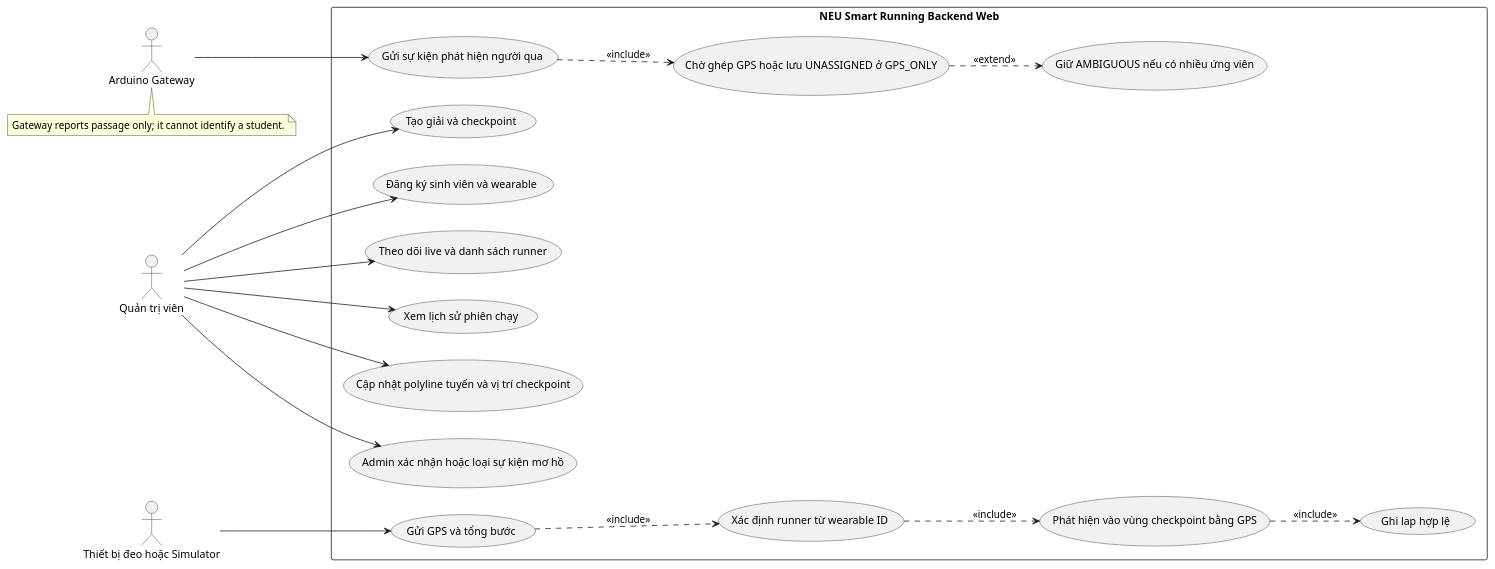
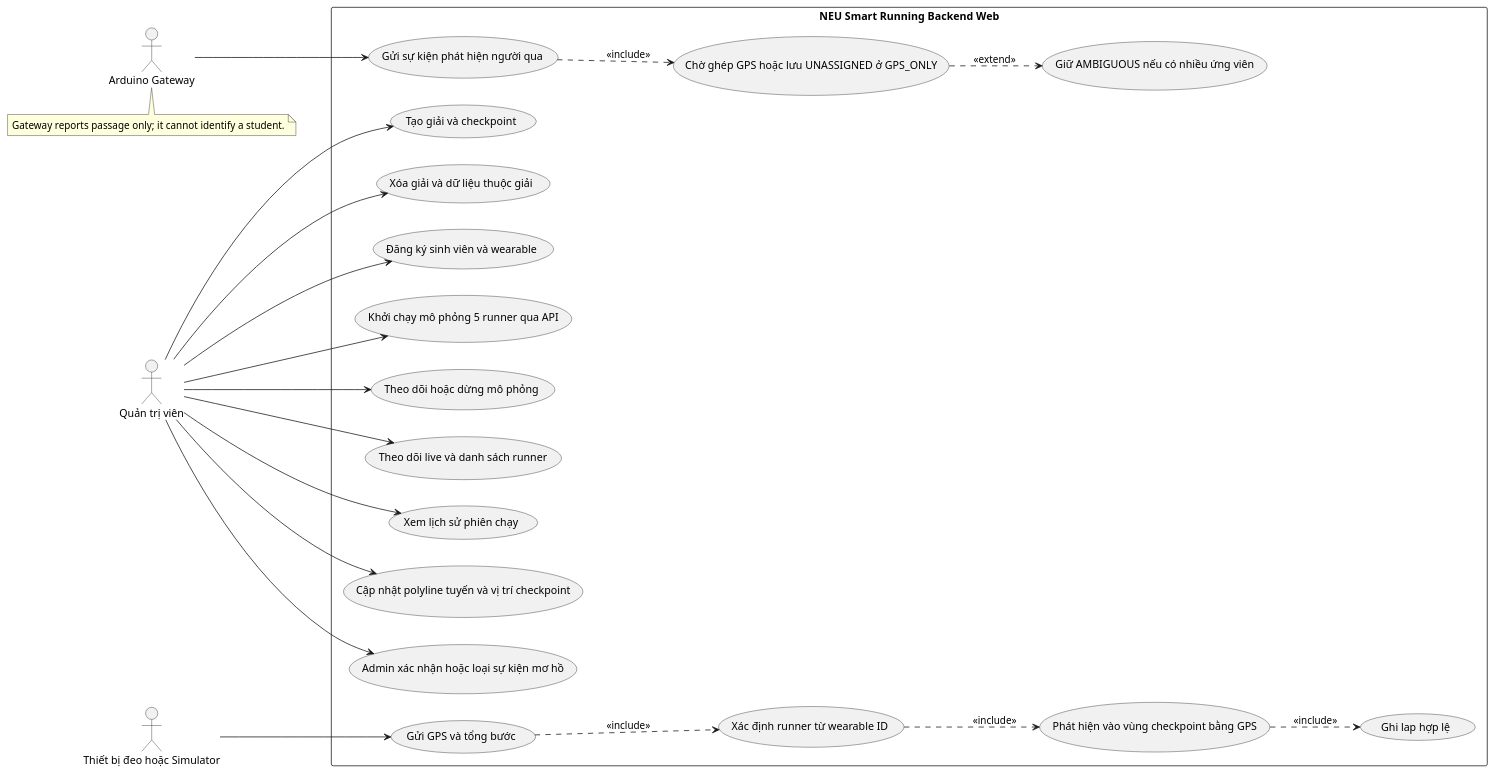
One commit to Dunnguyn/Smart_Running_Checkpoint_IoT changed the first of 15 diagrams in docs/PLANTUML_DIAGRAMS.puml. Above: the diagram before and after it, drawn with PlantUML. The commit also changed other lines of this file and 7 other files, not shown here.

Commit message:
Add API-managed five-runner demo

```diff
--- a/docs/PLANTUML_DIAGRAMS.puml
+++ b/docs/PLANTUML_DIAGRAMS.puml
@@ -5,37 +5,43 @@
 @startuml
 left to right direction
 actor "Quản trị viên" as A
 actor "Thiết bị đeo hoặc Simulator" as W
 actor "Arduino Gateway" as G
 rectangle "NEU Smart Running Backend Web" {
  usecase "Tạo giải và checkpoint" as U1
+ usecase "Xóa giải và dữ liệu thuộc giải" as U14
  usecase "Đăng ký sinh viên và wearable" as U2
+ usecase "Khởi chạy mô phỏng 5 runner qua API" as U15
+ usecase "Theo dõi hoặc dừng mô phỏng" as U16
  usecase "Theo dõi live và danh sách runner" as U3
  usecase "Xem lịch sử phiên chạy" as U4
  usecase "Cập nhật polyline tuyến và vị trí checkpoint" as U13
  usecase "Gửi GPS và tổng bước" as U5
  usecase "Xác định runner từ wearable ID" as U6
  usecase "Phát hiện vào vùng checkpoint bằng GPS" as U7
  usecase "Ghi lap hợp lệ" as U8
  usecase "Gửi sự kiện phát hiện người qua" as U9
  usecase "Chờ ghép GPS hoặc lưu UNASSIGNED ở GPS_ONLY" as U10
  usecase "Giữ AMBIGUOUS nếu có nhiều ứng viên" as U11
  usecase "Admin xác nhận hoặc loại sự kiện mơ hồ" as U12
 }
 A --> U1
+A --> U14
 A --> U2
+A --> U15
+A --> U16
 A --> U3
 A --> U4
 A --> U13
 W --> U5
 U5 ..> U6 : <<include>>
 U6 ..> U7 : <<include>>
 U7 ..> U8 : <<include>>
 G --> U9
 U9 ..> U10 : <<include>>
 U10 ..> U11 : <<extend>>
 A --> U12
 note bottom of G
 Gateway reports passage only; it cannot identify a student.
 end note
 @enduml
```
